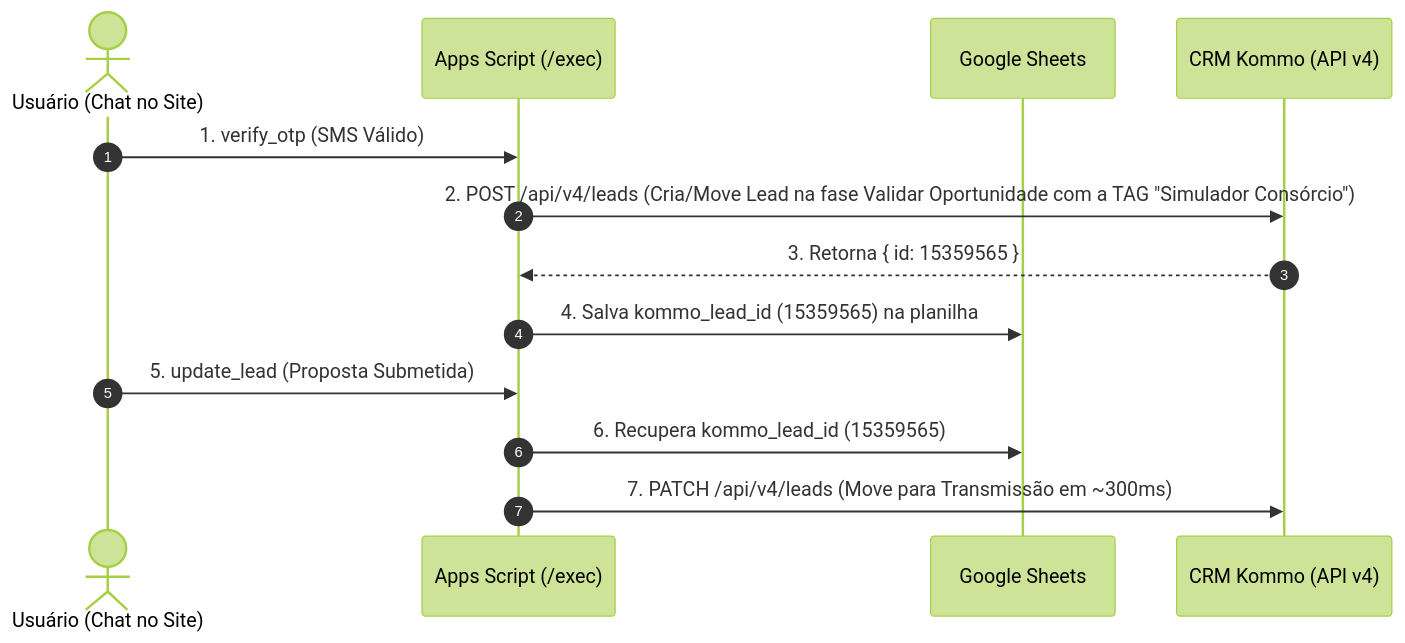
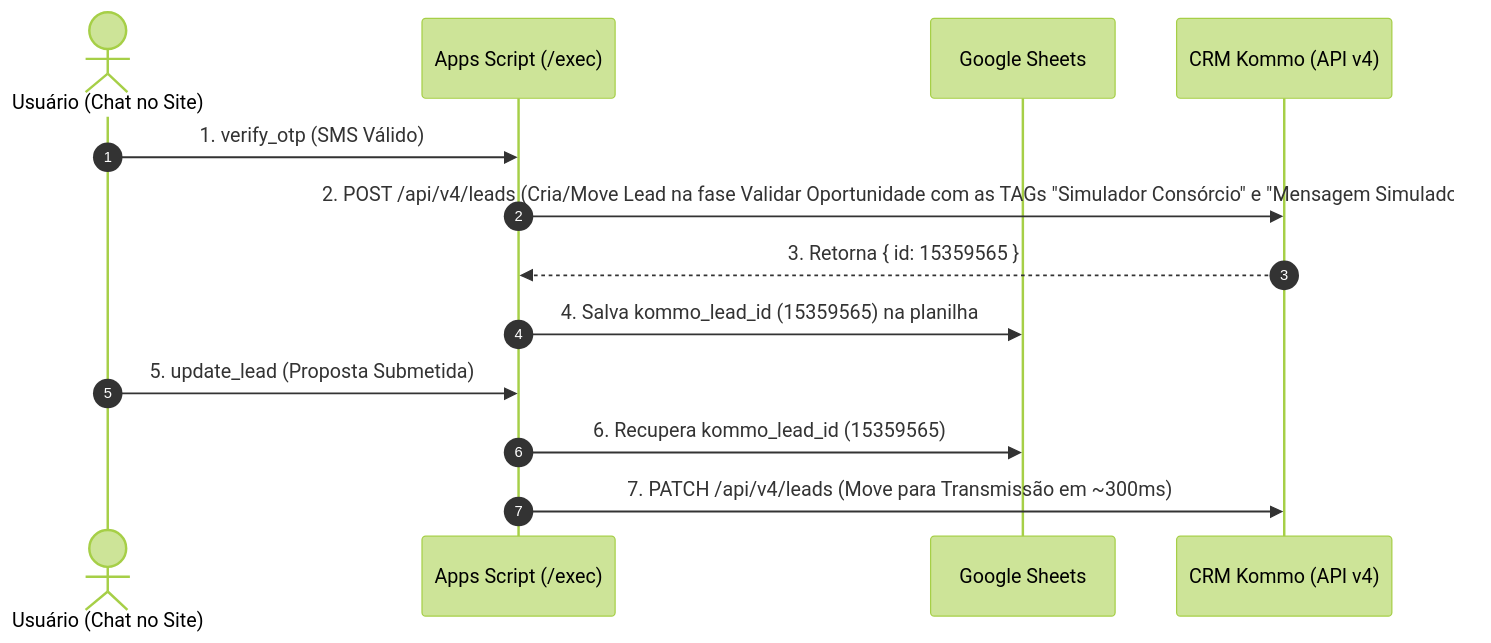
One commit to Djonatankb/simulador-consorcio changed the diagram in docs/integracao-kommo-direta.md. Above: the diagram before and after it, drawn with Mermaid (forest theme). The commit also changed other lines of this file and 2 other files, not shown here.

Commit message:
feat: Tags de Enviar mensagem

````diff
--- a/docs/integracao-kommo-direta.md
+++ b/docs/integracao-kommo-direta.md
@@ -9,17 +9,17 @@
 ```mermaid
 sequenceDiagram
     autonumber
     actor Cliente as Usuário (Chat no Site)
     participant Backend as Apps Script (/exec)
     participant Sheets as Google Sheets
     participant Kommo as CRM Kommo (API v4)
 
     Cliente->>Backend: 1. verify_otp (SMS Válido)
-    Backend->>Kommo: 2. POST /api/v4/leads (Cria/Move Lead na fase Validar Oportunidade com a TAG "Simulador Consórcio")
+    Backend->>Kommo: 2. POST /api/v4/leads (Cria/Move Lead na fase Validar Oportunidade com as TAGs "Simulador Consórcio" e "Mensagem Simulador")
     Kommo-->>Backend: 3. Retorna { id: 15359565 }
     Backend->>Sheets: 4. Salva kommo_lead_id (15359565) na planilha
 
     Cliente->>Backend: 5. update_lead (Proposta Submetida)
     Backend->>Sheets: 6. Recupera kommo_lead_id (15359565)
     Backend->>Kommo: 7. PATCH /api/v4/leads (Move para Transmissão em ~300ms)
 ```
````
